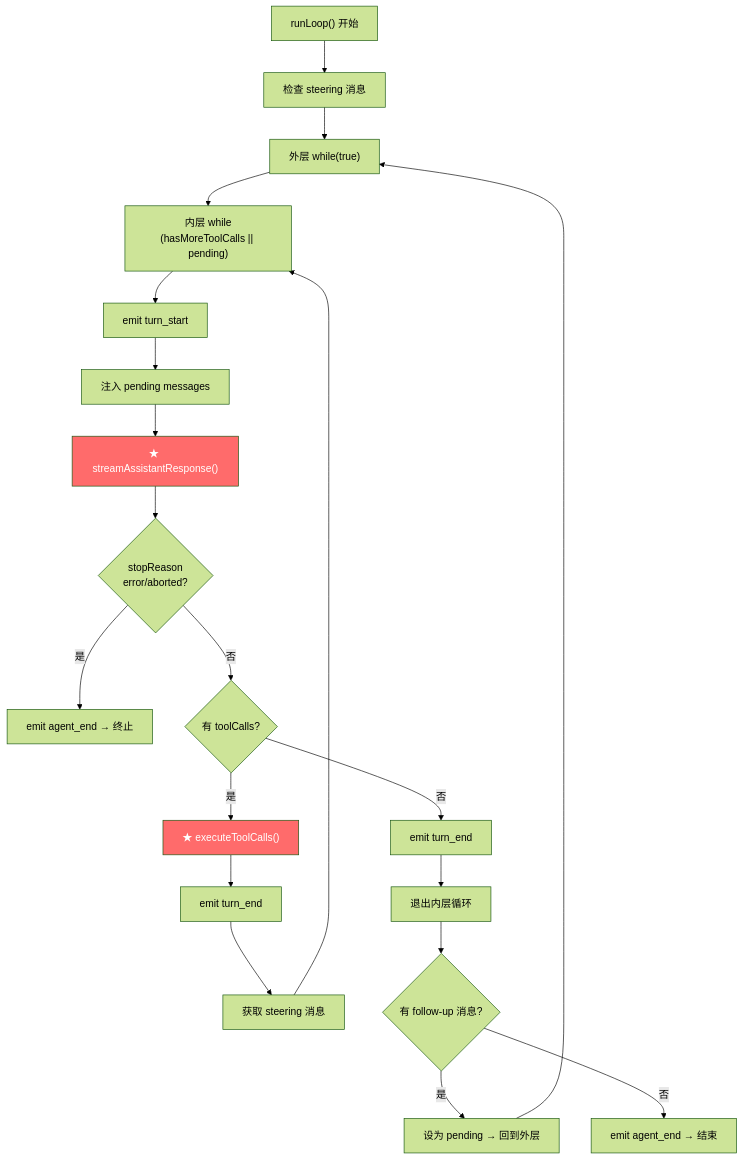
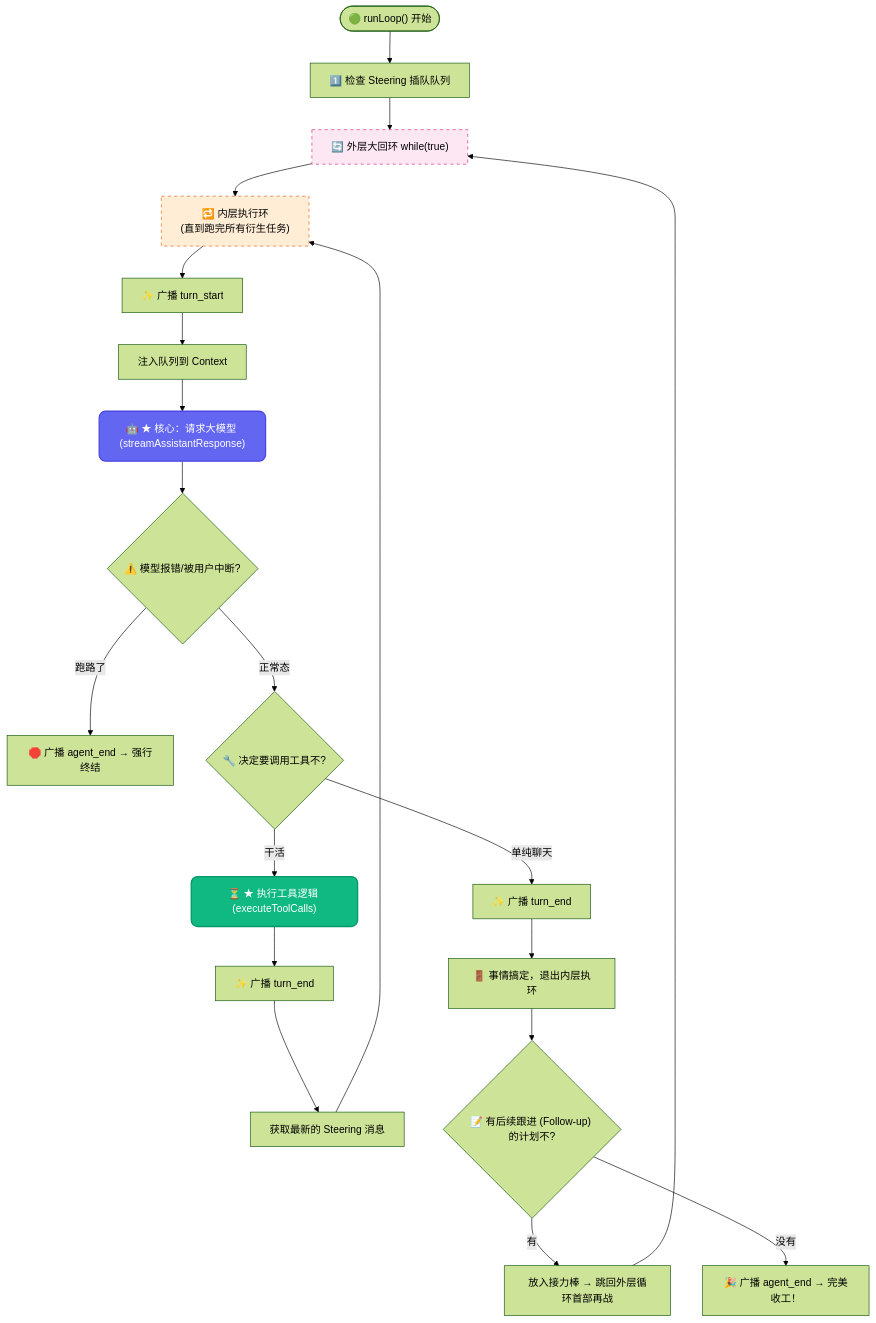
The second of 4 diagrams in guide_agent_core.md (OldDream/pi-mono), drawn with Mermaid (forest theme) before and after one commit. The commit also changed other lines of this file and 2 other files, not shown here.

````diff
--- a/guide_agent_core.md
+++ b/guide_agent_core.md
@@ -258,30 +232,33 @@
 ```mermaid
 graph TB
-    START["runLoop() 开始"] --> CHECK_STEERING["检查 steering 消息"]
-    CHECK_STEERING --> OUTER["外层 while(true)"]
+    START(["🟢 runLoop() 开始"]) --> CHECK_STEERING["1️⃣ 检查 Steering 插队队列"]
+    CHECK_STEERING --> OUTER["🔄 外层大回环 while(true)"]
     
-    OUTER --> INNER["内层 while<br/>(hasMoreToolCalls || pending)"]
+    OUTER --> INNER["🔁 内层执行环<br/>(直到跑完所有衍生任务)"]
     
-    INNER --> TURN_START["emit turn_start"]
-    TURN_START --> INJECT["注入 pending messages"]
-    INJECT --> LLM["★ streamAssistantResponse()"]
-    LLM --> ERROR_CHECK{"stopReason<br/>error/aborted?"}
-    ERROR_CHECK -->|是| ABORT["emit agent_end → 终止"]
-    ERROR_CHECK -->|否| TOOL_CHECK{"有 toolCalls?"}
+    INNER --> TURN_START["✨ 广播 turn_start"]
+    TURN_START --> INJECT["注入队列到 Context"]
+    INJECT --> LLM["🤖 ★ 核心：请求大模型 (streamAssistantResponse)"]
+    LLM --> ERROR_CHECK{"⚠️ 模型报错/被用户中断?"}
     
-    TOOL_CHECK -->|是| EXEC["★ executeToolCalls()"]
-    EXEC --> TURN_END["emit turn_end"]
-    TURN_END --> GET_STEER["获取 steering 消息"]
+    ERROR_CHECK -->|跑路了| ABORT["🛑 广播 agent_end → 强行终结"]
+    ERROR_CHECK -->|正常态| TOOL_CHECK{"🔧 决定要调用工具不?"}
+    
+    TOOL_CHECK -->|干活| EXEC["⏳ ★ 执行工具逻辑 (executeToolCalls)"]
+    EXEC --> TURN_END["✨ 广播 turn_end"]
+    TURN_END --> GET_STEER["获取最新的 Steering 消息"]
     GET_STEER --> INNER
     
-    TOOL_CHECK -->|否| TURN_END2["emit turn_end"]
-    TURN_END2 --> EXIT_INNER["退出内层循环"]
+    TOOL_CHECK -->|单纯聊天| TURN_END2["✨ 广播 turn_end"]
+    TURN_END2 --> EXIT_INNER["🚪 事情搞定，退出内层执环"]
     
-    EXIT_INNER --> FOLLOW_UP{"有 follow-up 消息?"}
-    FOLLOW_UP -->|是| SET_PENDING["设为 pending → 回到外层"]
+    EXIT_INNER --> FOLLOW_UP{"📝 有后续跟进 (Follow-up) 的计划不?"}
+    FOLLOW_UP -->|有| SET_PENDING["放入接力棒 → 跳回外层循环首部再战"]
     SET_PENDING --> OUTER
-    FOLLOW_UP -->|否| AGENT_END["emit agent_end → 结束"]
+    FOLLOW_UP -->|没有| AGENT_END["🎉 广播 agent_end → 完美收工！"]
     
-    style LLM fill:#ff6b6b,color:white
-    style EXEC fill:#ff6b6b,color:white
+    style LLM fill:#6366f1,color:white,stroke:#4f46e5,stroke-width:2px,rx:10
+    style EXEC fill:#10b981,color:white,stroke:#059669,stroke-width:2px,rx:10
+    style OUTER fill:#fce7f3,stroke:#db2777,stroke-dasharray: 5 5
+    style INNER fill:#ffedd5,stroke:#ea580c,stroke-dasharray: 5 5
 ```
````
